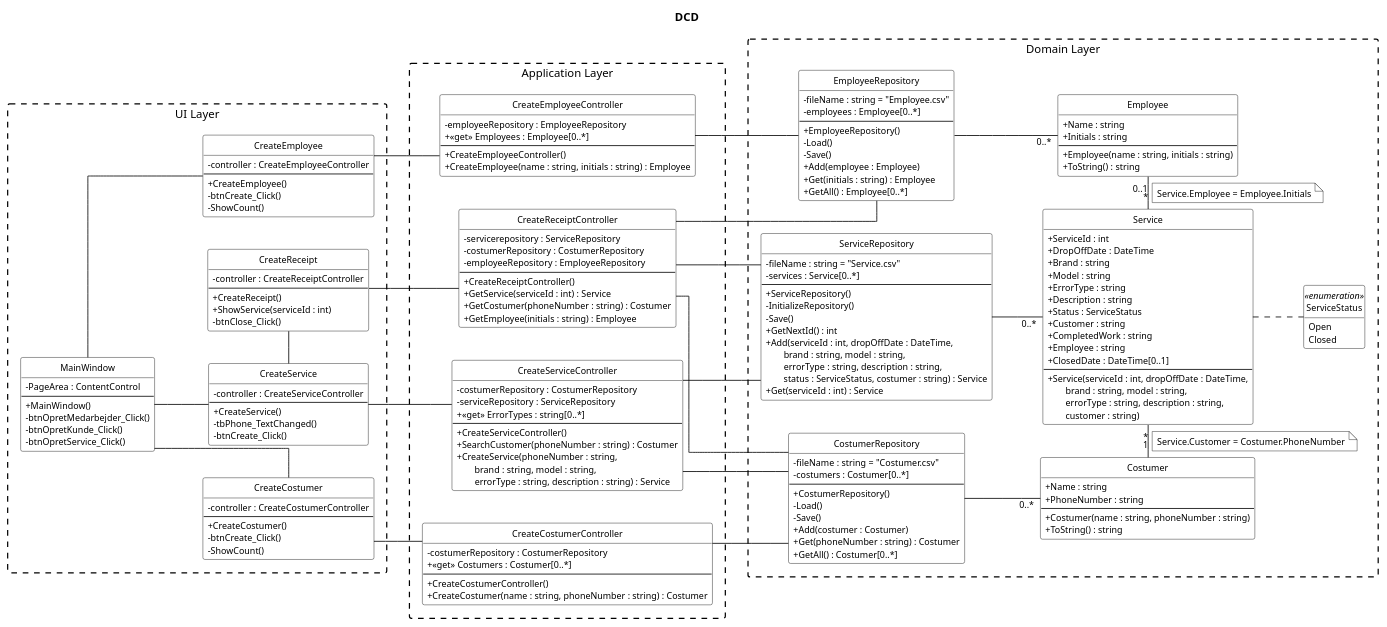
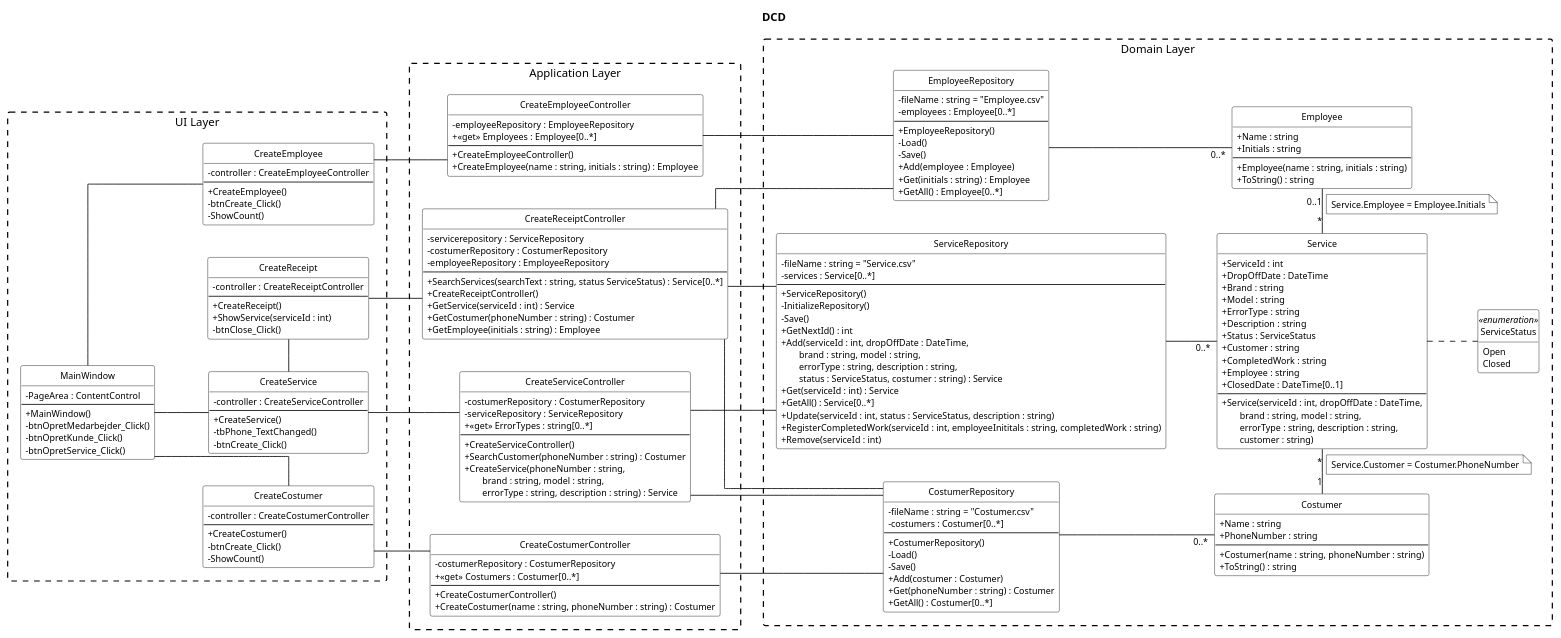
One commit to Zoabz/Getting-Real changed the diagram in 7. Design Class Diagram/designklassediagram Sprint 1.puml. Above: the diagram before and after it, drawn with PlantUML. The commit also changed 3 other files, not shown here.

```diff
--- a/7. Design Class Diagram/designklassediagram Sprint 1.puml
+++ b/7. Design Class Diagram/designklassediagram Sprint 1.puml
@@ -122,6 +122,7 @@
     - costumerRepository : CostumerRepository
     - employeeRepository : EmployeeRepository
     --
+    + SearchServices(searchText : string, status ServiceStatus) : Service[0..*]
     + CreateReceiptController()
     + GetService(serviceId : int) : Service
     + GetCostumer(phoneNumber : string) : Costumer
@@ -169,6 +170,10 @@
     <U+2003><U+2003>errorType : string, description : string,
     <U+2003><U+2003>status : ServiceStatus, costumer : string) : Service
     + Get(serviceId : int) : Service
+    + GetAll() : Service[0..*]
+    + Update(serviceId : int, status : ServiceStatus, description : string)
+    + RegisterCompletedWork(serviceId : int, employeeInititals : string, completedWork : string)
+    + Remove(serviceId : int)
   }
 
   class Employee {
```
